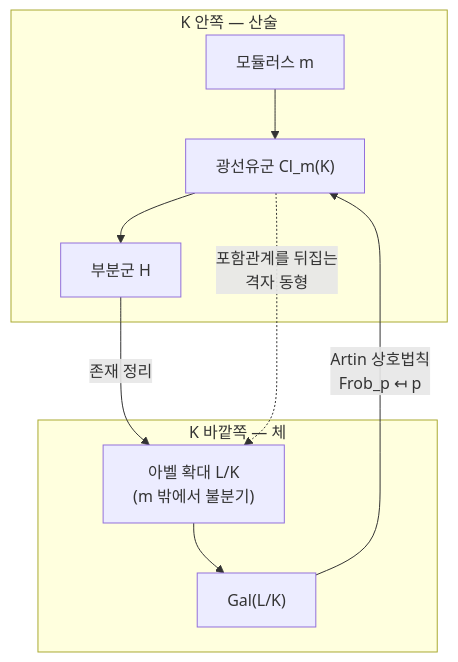
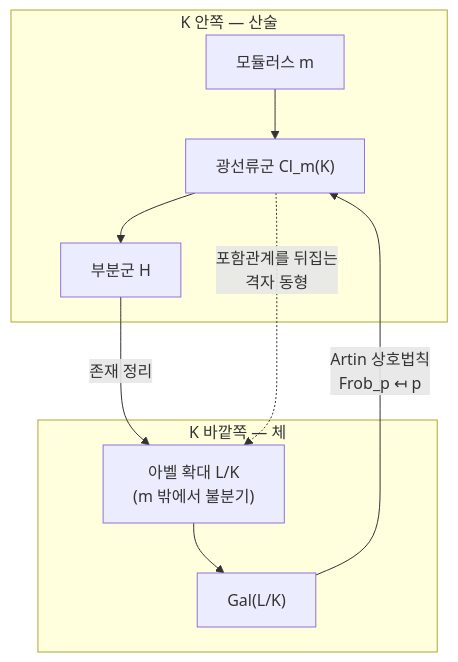
Before and after one commit to Phryxia/math-map: the diagram in docs/class-field-theory.md, drawn with Mermaid. The commit also changed other lines of this file and 13 other files, not shown here.

````diff
--- a/docs/class-field-theory.md
+++ b/docs/class-field-theory.md
@@ -39,13 +39,13 @@
 ```mermaid
 graph TD
   subgraph A["K 안쪽 — 산술"]
-    A1["모듈러스 m"] --> A2["광선유군 Cl_m(K)"]
+    A1["모듈러스 m"] --> A2["광선류군 Cl_m(K)"]
     A2 --> A3["부분군 H"]
   end
   subgraph B["K 바깥쪽 — 체"]
     B1["아벨 확대 L/K<br/>(m 밖에서 불분기)"] --> B2["Gal(L/K)"]
   end
   A3 -->|"존재 정리"| B1
   B2 -->|"Artin 상호법칙<br/>Frob_p ↤ p"| A2
   A2 -.->|"포함관계를 뒤집는<br/>격자 동형"| B1
 ```
````
